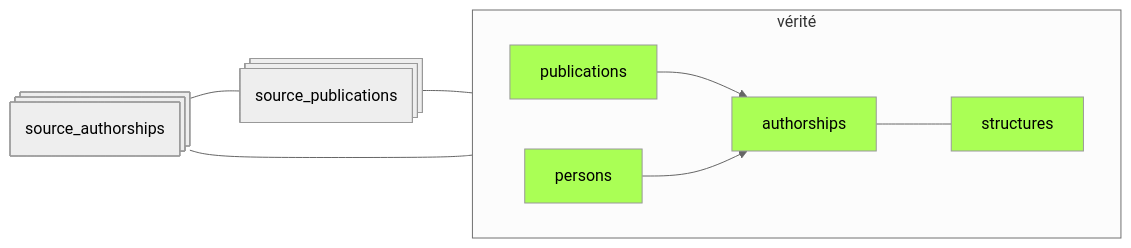
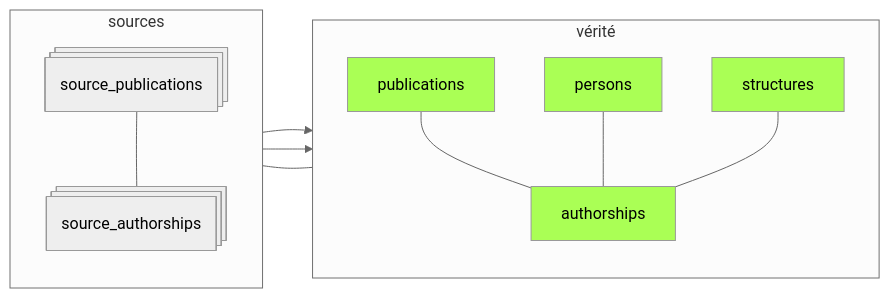
Before and after one commit to Y33sha/bibliometrie-uca: the fourth of 4 diagrams in docs/pipeline/12-resume.md, drawn with Mermaid (neutral theme). The commit also changed other lines of this file and 2 other files, not shown here.

````diff
--- a/docs/pipeline/12-resume.md
+++ b/docs/pipeline/12-resume.md
@@ -55,15 +68,19 @@
 ```mermaid
 flowchart LR
-     D@{ shape: procs, label: "source_publications"}---A
-    E@{ shape: procs, label: "source_authorships"}---D
-    E---C
-
     subgraph vérité
-    direction LR
-    A[publications]-->B[authorships]
-    C[persons]-->B
-    B---F[structures]
+        direction TD
+        publications---authorships
+        persons---authorships
+        structures---authorships
     end
+    subgraph sources
+        direction TD
+        SP@{ shape: procs, label: "source_publications"}---SA@{ shape: procs, label: "source_authorships"}
+    end
+    
+    SP-->publications
+    SA-->persons
+    SA---structures
     classDef valid  fill:#af5
-    class F,A,C,B valid;
+    class structures,publications,persons,authorships valid;
 ```
````
